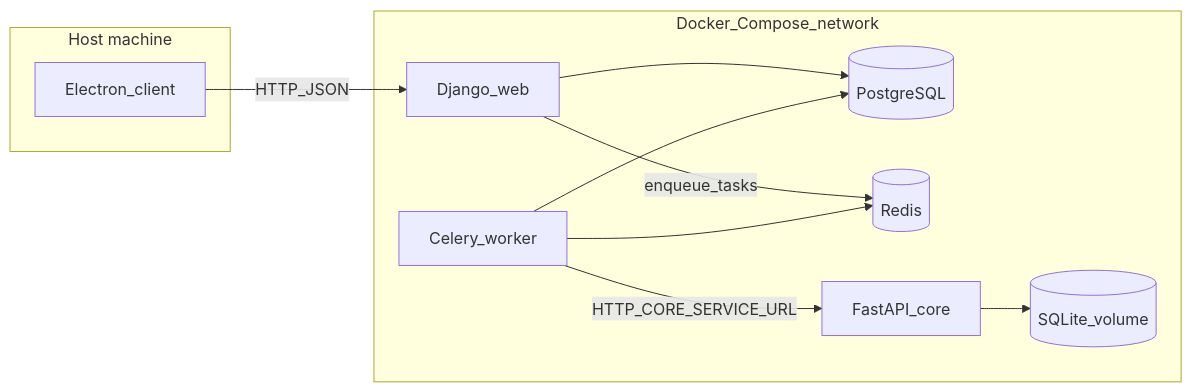
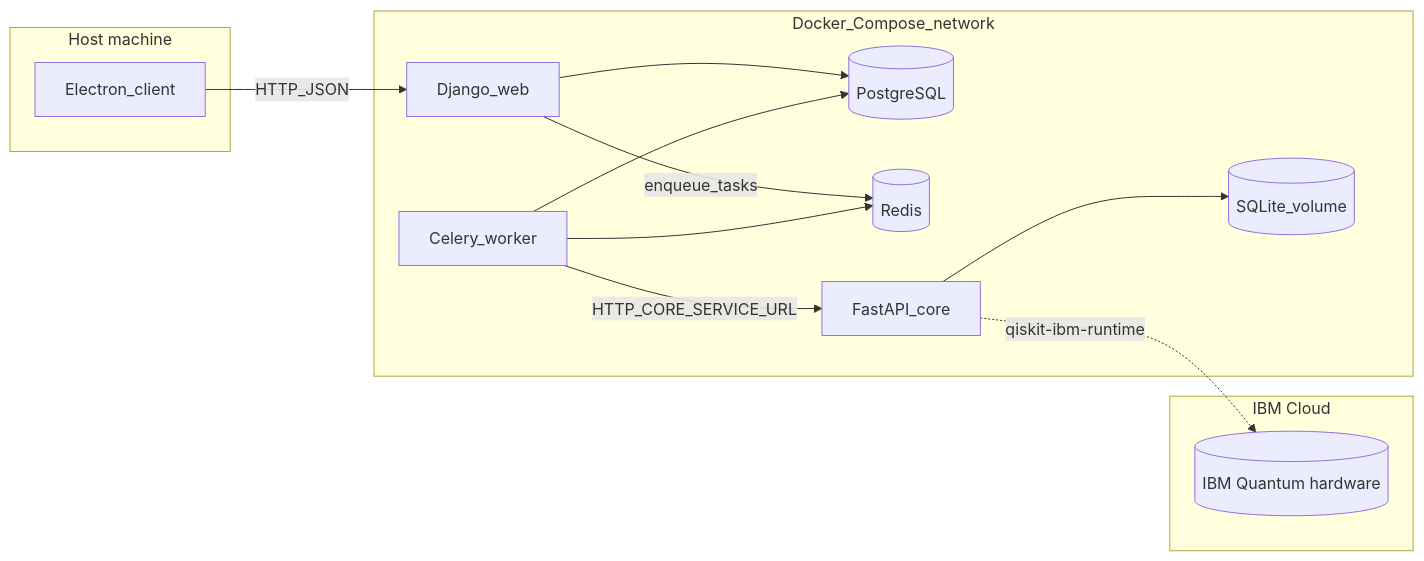
The diagram in README.md (SectorCT/Blau), drawn with Mermaid before and after one commit. The commit also changed other lines of this file and 16 other files, not shown here.

````diff
--- a/README.md
+++ b/README.md
@@ -32,21 +126,25 @@
 ```mermaid
 flowchart LR
   subgraph host [Host machine]
     Electron[Electron_client]
   end
   subgraph compose [Docker_Compose_network]
     Web[Django_web]
     Worker[Celery_worker]
     DB[(PostgreSQL)]
     Redis[(Redis)]
     Core[FastAPI_core]
     SQLite[(SQLite_volume)]
   end
+  subgraph quantum [IBM Cloud]
+    IBMQ[(IBM Quantum hardware)]
+  end
   Electron -->|HTTP_JSON| Web
   Web --> DB
   Web -->|enqueue_tasks| Redis
   Worker --> DB
   Worker --> Redis
   Worker -->|HTTP_CORE_SERVICE_URL| Core
   Core --> SQLite
+  Core -.->|qiskit-ibm-runtime| IBMQ
 ```
````
